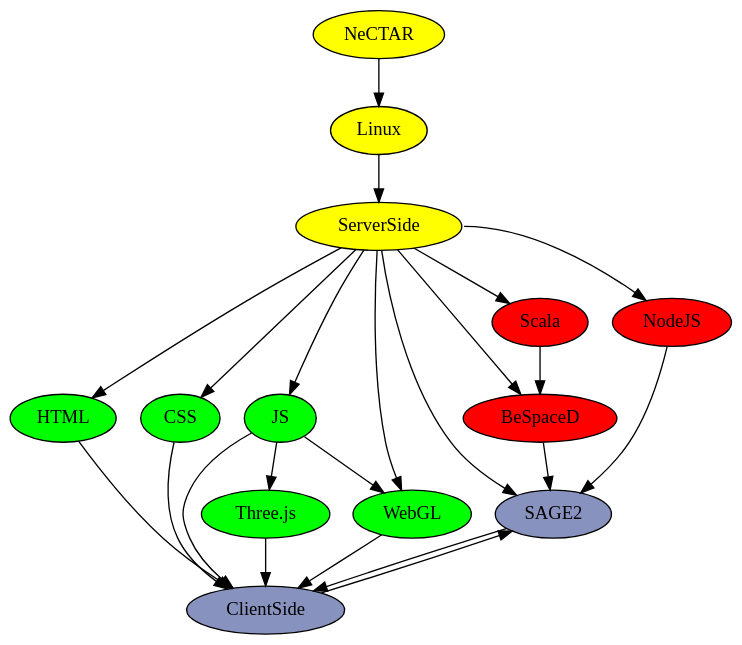
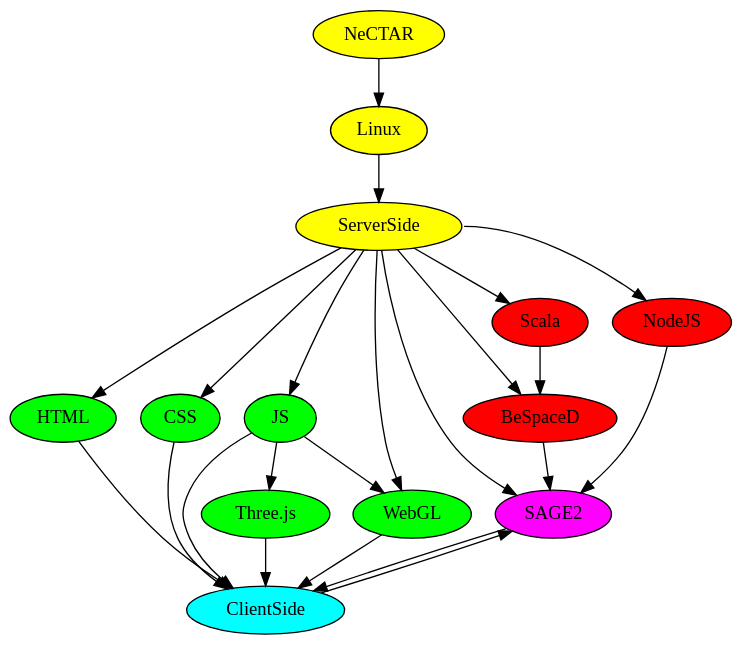
The diagram in Euclidian.dot (Pretty-Cure-5/Euclidian), drawn with Graphviz before and after one commit.

```diff
--- a/Euclidian.dot
+++ b/Euclidian.dot
@@ -1,15 +1,16 @@
 digraph "Euclidian" {
     bgcolor=transparent
     {node[style=filled, fillcolor="#FFFF00" group=infrastructure] NeCTAR Linux ServerSide}
     {node[style=filled, fillcolor="#FF0000" group=server] Scala BeSpaceD NodeJS}
     {node[style=filled, fillcolor="#00FF00" group=client] HTML CSS JS Three WebGL}
-    {node[style=filled, fillcolor="#8892bf"] SAGE2 ClientSide}
+    {node[style=filled, fillcolor="#FF00FF"] SAGE2}
+    {node[style=filled, fillcolor="#00FFFF"] ClientSide}
     {rank=same; HTML; CSS; JS;}
     Three[label="Three.js"]
     NeCTAR -> Linux -> ServerSide -> {Scala BeSpaceD SAGE2 WebGL JS CSS HTML}
     ServerSide:e -> NodeJS
     {HTML CSS JS Three WebGL SAGE2} -> ClientSide
     {NodeJS BeSpaceD ClientSide} -> SAGE2
     JS -> {Three WebGL}
     Scala -> BeSpaceD
 }
```
